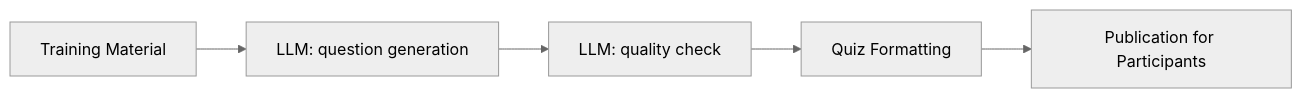
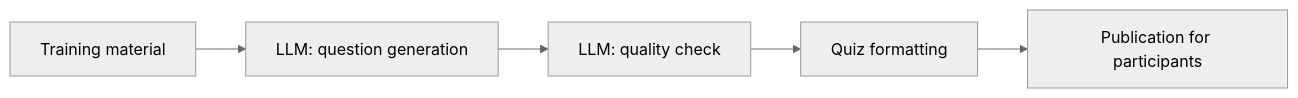
Before and after one commit to all-mute/learn-agents: the fifth of 12 diagrams in cognitive-book/docs/junior/_workflows-examples-p2.mdx, drawn with Mermaid (neutral theme). The commit also changed other lines of this file and 93 other files, not shown here.

````diff
--- a/cognitive-book/docs/junior/_workflows-examples-p2.mdx
+++ b/cognitive-book/docs/junior/_workflows-examples-p2.mdx
@@ -279,7 +279,7 @@
 ```mermaid
 flowchart LR
-    Material[Training Material] --> QuizGen[LLM: question generation]
+    Material[Training material] --> QuizGen[LLM: question generation]
     QuizGen --> Review[LLM: quality check]
-    Review --> Format[Quiz Formatting]
-    Format --> Publish[Publication for Participants]
+    Review --> Format[Quiz formatting]
+    Format --> Publish[Publication for participants]
 ```
````
